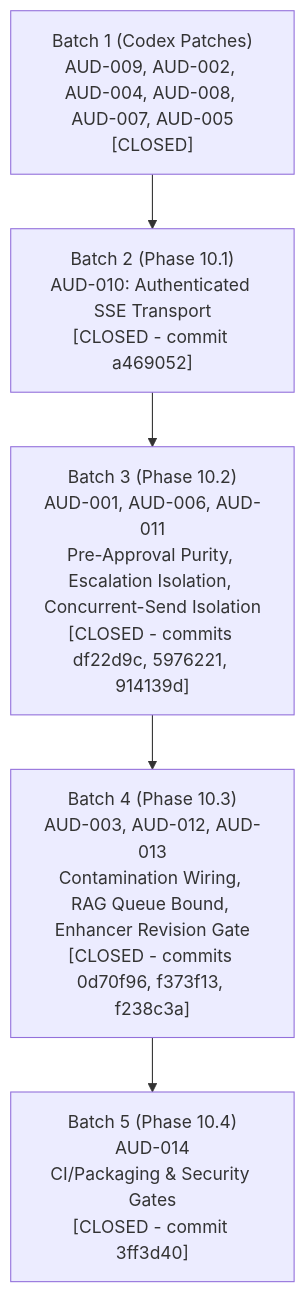
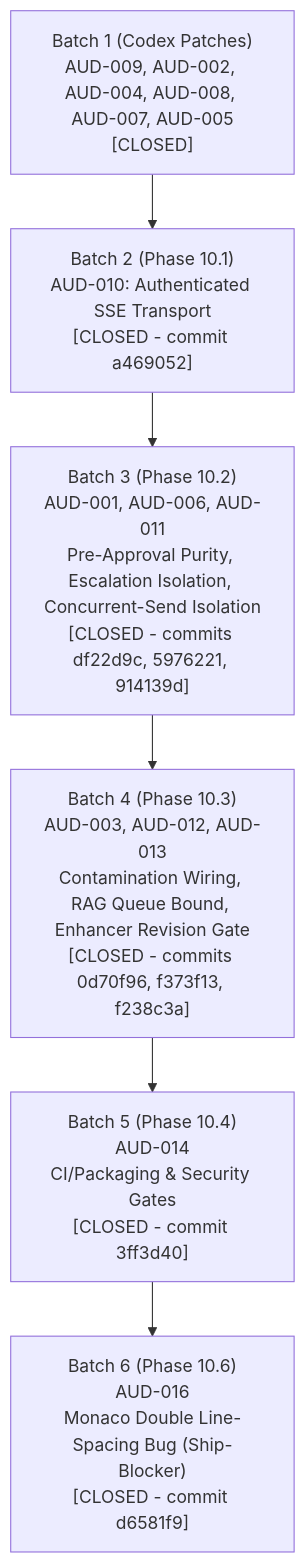
Before and after one commit to Roopesh-kosuri/Code-OS: the diagram in docs/audit/FIX_PLAN.md, drawn with Mermaid. The commit also changed other lines of this file and 1 other file, not shown here.

Commit message:
docs(audit): close AUD-016 with commit d6581f9 in findings register and fix plan

````diff
--- a/docs/audit/FIX_PLAN.md
+++ b/docs/audit/FIX_PLAN.md
@@ -10,7 +10,8 @@
 ```mermaid
 graph TD
     B1["Batch 1 (Codex Patches)<br/>AUD-009, AUD-002, AUD-004, AUD-008, AUD-007, AUD-005<br/>[CLOSED]"] --> B2["Batch 2 (Phase 10.1)<br/>AUD-010: Authenticated SSE Transport<br/>[CLOSED - commit a469052]"]
     B2 --> B3["Batch 3 (Phase 10.2)<br/>AUD-001, AUD-006, AUD-011<br/>Pre-Approval Purity, Escalation Isolation, Concurrent-Send Isolation<br/>[CLOSED - commits df22d9c, 5976221, 914139d]"]
     B3 --> B4["Batch 4 (Phase 10.3)<br/>AUD-003, AUD-012, AUD-013<br/>Contamination Wiring, RAG Queue Bound, Enhancer Revision Gate<br/>[CLOSED - commits 0d70f96, f373f13, f238c3a]"]
     B4 --> B5["Batch 5 (Phase 10.4)<br/>AUD-014<br/>CI/Packaging & Security Gates<br/>[CLOSED - commit 3ff3d40]"]
+    B5 --> B6["Batch 6 (Phase 10.6)<br/>AUD-016<br/>Monaco Double Line-Spacing Bug (Ship-Blocker)<br/>[CLOSED - commit d6581f9]"]
 ```
````
